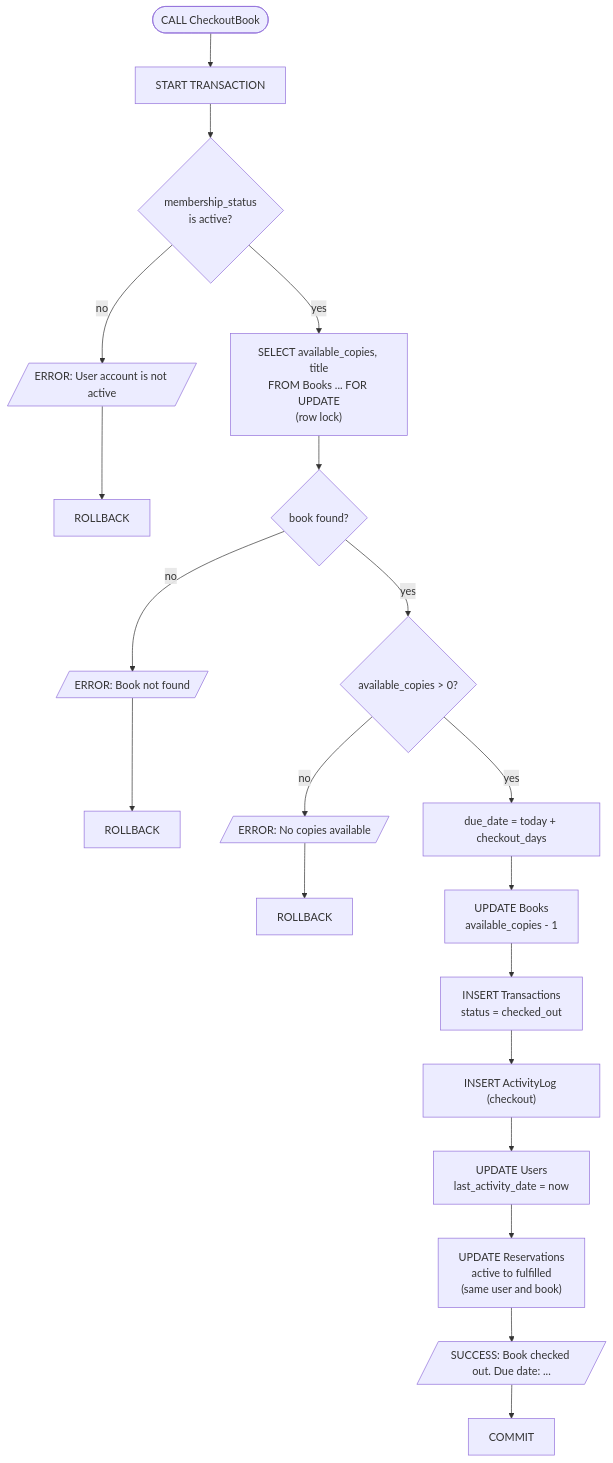
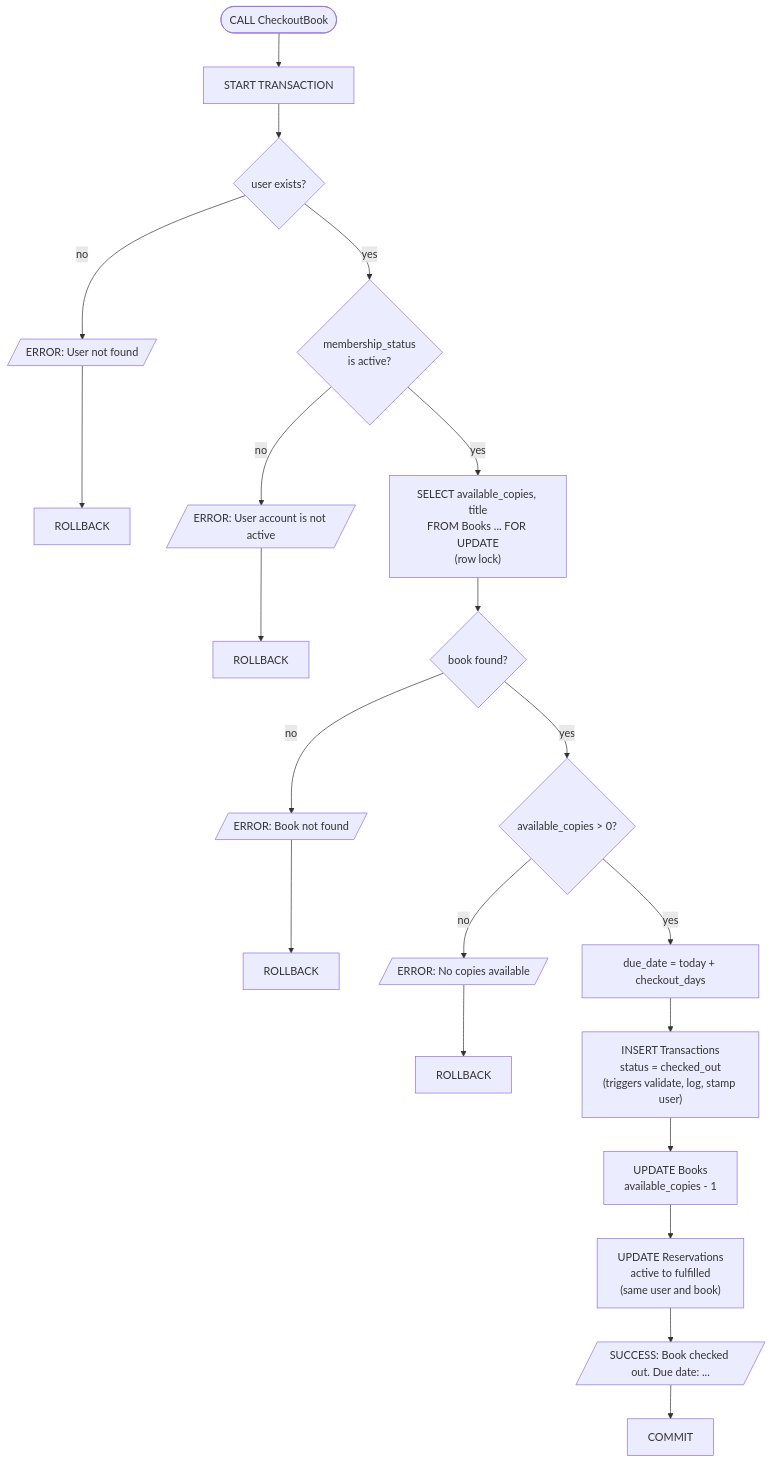
One commit to ashzaeen/Library-Management-System changed the sixth of 14 diagrams in docs/ARCHITECTURE.md. Above: the diagram before and after it, drawn with Mermaid. The commit also changed other lines of this file and 2 other files, not shown here.

First line of the commit message:
Fix last-copy checkout, duplicate activity logging and open transactions

````diff
--- a/docs/ARCHITECTURE.md
+++ b/docs/ARCHITECTURE.md
@@ -210,20 +210,20 @@
 ```mermaid
 flowchart TD
     S([CALL CheckoutBook]) --> TX[START TRANSACTION]
-    TX --> U{membership_status<br/>is active?}
+    TX --> UX{user exists?}
+    UX -- no --> E0[/"ERROR: User not found"/] --> RB0[ROLLBACK]
+    UX -- yes --> U{membership_status<br/>is active?}
     U -- no --> E1[/"ERROR: User account is not active"/]
     E1 --> RB1[ROLLBACK]
     U -- yes --> LK["SELECT available_copies, title<br/>FROM Books ... FOR UPDATE<br/>(row lock)"]
     LK --> F{book found?}
     F -- no --> E2[/"ERROR: Book not found"/] --> RB2[ROLLBACK]
     F -- yes --> A{available_copies > 0?}
     A -- no --> E3[/"ERROR: No copies available"/] --> RB3[ROLLBACK]
     A -- yes --> D["due_date = today + checkout_days"]
-    D --> C1["UPDATE Books<br/>available_copies - 1"]
-    C1 --> C2["INSERT Transactions<br/>status = checked_out"]
-    C2 --> C3["INSERT ActivityLog (checkout)"]
-    C3 --> C4["UPDATE Users<br/>last_activity_date = now"]
-    C4 --> C5["UPDATE Reservations<br/>active to fulfilled<br/>(same user and book)"]
+    D --> C2["INSERT Transactions<br/>status = checked_out<br/>(triggers validate, log, stamp user)"]
+    C2 --> C1["UPDATE Books<br/>available_copies - 1"]
+    C1 --> C5["UPDATE Reservations<br/>active to fulfilled<br/>(same user and book)"]
     C5 --> OK[/"SUCCESS: Book checked out. Due date: ..."/]
     OK --> CM[COMMIT]
 ```
````
